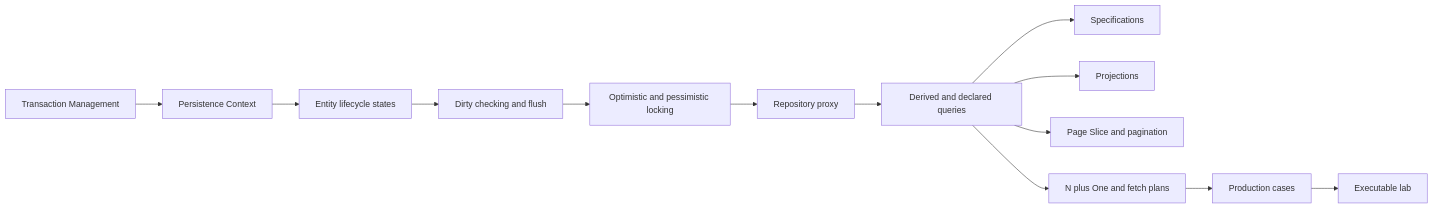
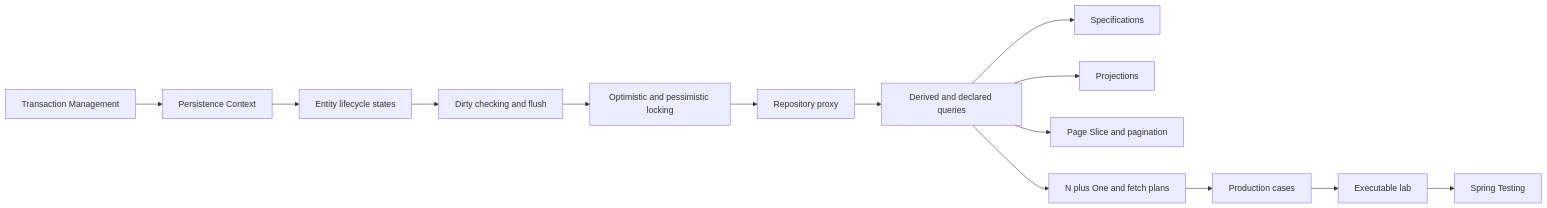
One commit to alimbetov/obsidian changed the diagram in 30_CERTIFICATIONS/Spring/2V0-72.22/Spring Data JPA Roadmap.md. Above: the diagram before and after it, drawn with Mermaid. The commit also changed other lines of this file, not shown here.

Commit message:
Link published Spring Testing route from Data JPA roadmap

````diff
--- a/30_CERTIFICATIONS/Spring/2V0-72.22/Spring Data JPA Roadmap.md
+++ b/30_CERTIFICATIONS/Spring/2V0-72.22/Spring Data JPA Roadmap.md
@@ -45,15 +44,16 @@
 ```mermaid
 flowchart LR
     TX[Transaction Management] --> PC[Persistence Context]
     PC --> STATE[Entity lifecycle states]
     STATE --> DIRTY[Dirty checking and flush]
     DIRTY --> LOCK[Optimistic and pessimistic locking]
     LOCK --> REPO[Repository proxy]
     REPO --> QUERY[Derived and declared queries]
     QUERY --> SPEC[Specifications]
     QUERY --> PROJ[Projections]
     QUERY --> PAGE[Page Slice and pagination]
     QUERY --> FETCH[N plus One and fetch plans]
     FETCH --> PROD[Production cases]
     PROD --> LAB[Executable lab]
+    LAB --> TEST[Spring Testing]
 ```
````
